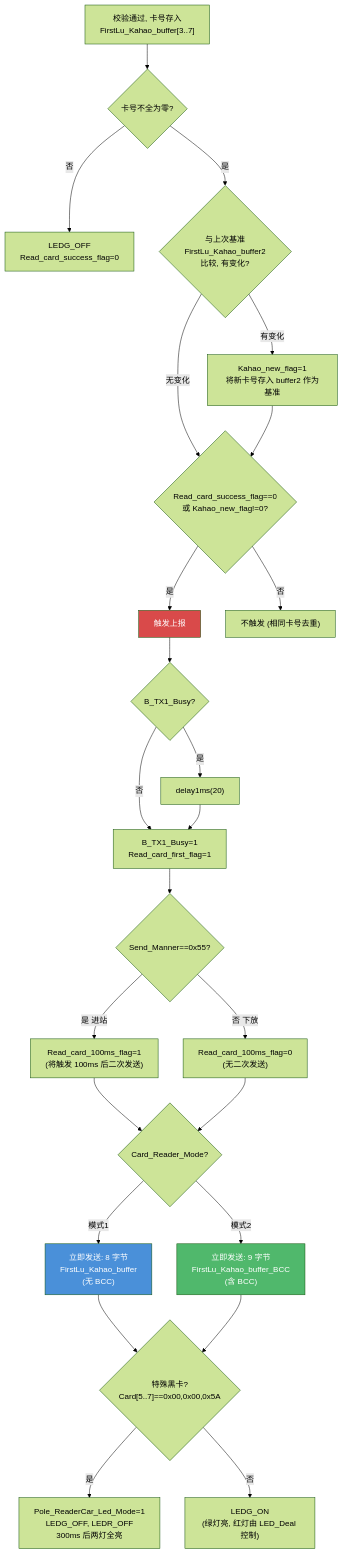
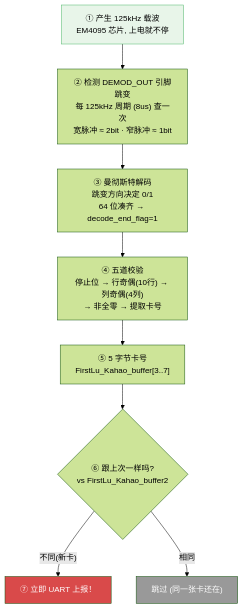
One commit to Siaiai/ObsidianNote changed the second of 14 diagrams in 工作/SR3读卡器/260802SR3读卡器需求.md. Above: the diagram before and after it, drawn with Mermaid (forest theme). The commit also changed other lines of this file, not shown here.

````diff
--- a/工作/SR3读卡器/260802SR3读卡器需求.md
+++ b/工作/SR3读卡器/260802SR3读卡器需求.md
@@ -277,42 +69,14 @@
 ```mermaid
-flowchart TD
-    Decoded["校验通过, 卡号存入<br/>FirstLu_Kahao_buffer[3..7]"] --> NotZero{"卡号不全为零?"}
+flowchart TB
+    载波["① 产生 125kHz 载波<br/>EM4095 芯片, 上电就不停"] --> 跳变["② 检测 DEMOD_OUT 引脚跳变<br/>每 125kHz 周期 (8us) 查一次<br/>宽脉冲 ≈ 2bit · 窄脉冲 ≈ 1bit"]
+    跳变 --> 曼彻斯特["③ 曼彻斯特解码<br/>跳变方向决定 0/1<br/>64 位凑齐 → decode_end_flag=1"]
+    曼彻斯特 --> 校验["④ 五道校验<br/>停止位 → 行奇偶(10行) → 列奇偶(4列)<br/>→ 非全零 → 提取卡号"]
+    校验 --> 卡号["⑤ 5 字节卡号<br/>FirstLu_Kahao_buffer[3..7]"]
+    卡号 --> 比较{"⑥ 跟上次一样吗?<br/>vs FirstLu_Kahao_buffer2"}
+    比较 -->|"不同(新卡)"| 上报["⑦ 立即 UART 上报！"]
+    比较 -->|"相同"| 跳过["跳过 (同一张卡还在)"]
 
-    NotZero -->|否| Off["LEDG_OFF<br/>Read_card_success_flag=0"]
-    NotZero -->|是| Compare{"与上次基准<br/>FirstLu_Kahao_buffer2<br/>比较, 有变化?"}
-
-    Compare -->|"有变化"| SaveBase["Kahao_new_flag=1<br/>将新卡号存入 buffer2 作为基准"]
-    Compare -->|"无变化"| CheckFlag
-
-    SaveBase --> CheckFlag{"Read_card_success_flag==0<br/>或 Kahao_new_flag!=0?"}
-
-    CheckFlag -->|是| Trigger["触发上报"]
-    CheckFlag -->|否| Skip["不触发 (相同卡号去重)"]
-
-    Trigger --> BusyCheck{"B_TX1_Busy?"}
-    BusyCheck -->|是| Wait20["delay1ms(20)"]
-    BusyCheck -->|否| SetFlags
-    Wait20 --> SetFlags
-
-    SetFlags["B_TX1_Busy=1<br/>Read_card_first_flag=1"]
-
-    SetFlags --> MannerCheck{"Send_Manner==0x55?"}
-    MannerCheck -->|"是 进站"| Set100ms["Read_card_100ms_flag=1<br/>(将触发 100ms 后二次发送)"]
-    MannerCheck -->|"否 下放"| No100ms["Read_card_100ms_flag=0<br/>(无二次发送)"]
-
-    Set100ms --> SendMode{"Card_Reader_Mode?"}
-    No100ms --> SendMode
-
-    SendMode -->|"模式1"| Send8["立即发送: 8 字节<br/>FirstLu_Kahao_buffer<br/>(无 BCC)"]
-    SendMode -->|"模式2"| Send9["立即发送: 9 字节<br/>FirstLu_Kahao_buffer_BCC<br/>(含 BCC)"]
-
-    Send8 --> LEDCheck{"特殊黑卡?<br/>Card[5..7]==0x00,0x00,0x5A"}
-    Send9 --> LEDCheck
-
-    LEDCheck -->|是| BlackLED["Pole_ReaderCar_Led_Mode=1<br/>LEDG_OFF, LEDR_OFF<br/>300ms 后两灯全亮"]
-    LEDCheck -->|否| NormalLED["LEDG_ON<br/>(绿灯亮, 红灯由 LED_Deal 控制)"]
-
-    style Trigger fill:#D94A4A,color:#fff
-    style Send8 fill:#4A90D9,color:#fff
-    style Send9 fill:#50B86C,color:#fff
+    style 载波 fill:#e8f5e9,stroke:#50B86C
+    style 上报 fill:#D94A4A,color:#fff
+    style 跳过 fill:#999,color:#fff
 ```
````
